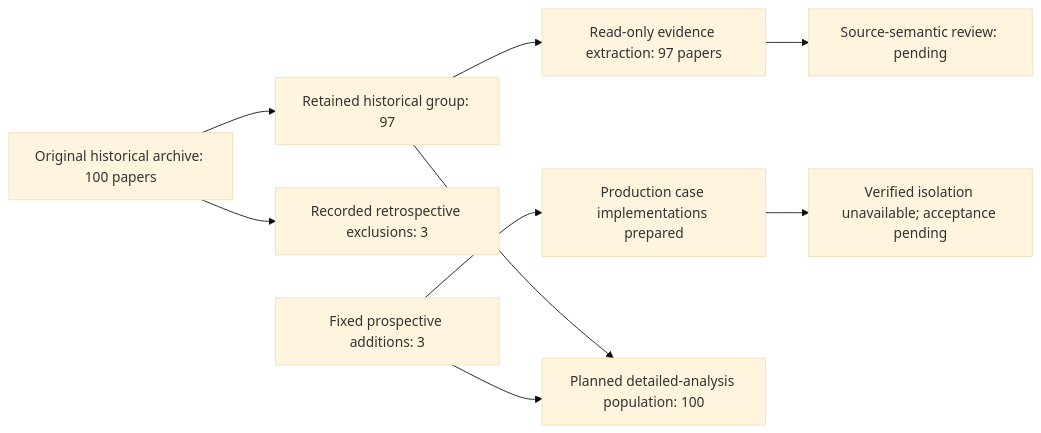
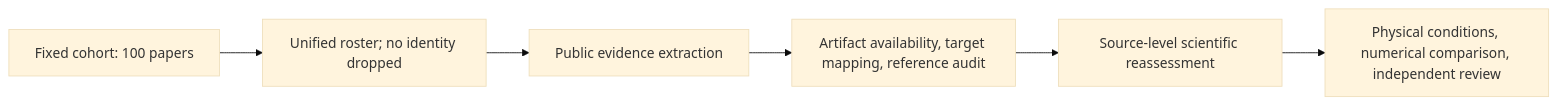
One commit to xi-zhao/RunThePaper changed the diagram in evaluation/paper-study-100/manuscript/study_flow.md. Above: the diagram before and after it, drawn with Mermaid (base theme). The commit also changed other lines of this file and 28 other files, not shown here.

````diff
--- a/evaluation/paper-study-100/manuscript/study_flow.md
+++ b/evaluation/paper-study-100/manuscript/study_flow.md
@@ -5,11 +5,8 @@
 ```mermaid
 flowchart LR
-    H["Original historical archive: 100 papers"] --> R["Retained historical group: 97"]
-    H --> E["Recorded retrospective exclusions: 3"]
-    R --> A["Read-only evidence extraction: 97 papers"]
-    A --> Q["Source-semantic review: pending"]
-    N["Fixed prospective additions: 3"] --> P["Production case implementations prepared"]
-    P --> U["Verified isolation unavailable; acceptance pending"]
-    R --> D["Planned detailed-analysis population: 100"]
-    N --> D
+    C["Fixed cohort: 100 papers"] --> R["Unified roster; no identity dropped"]
+    R --> A["Public evidence extraction"]
+    A --> D["Artifact availability, target mapping, reference audit"]
+    D --> Q["Source-level scientific reassessment"]
+    Q --> V["Physical conditions, numerical comparison, independent review"]
 ```
````
